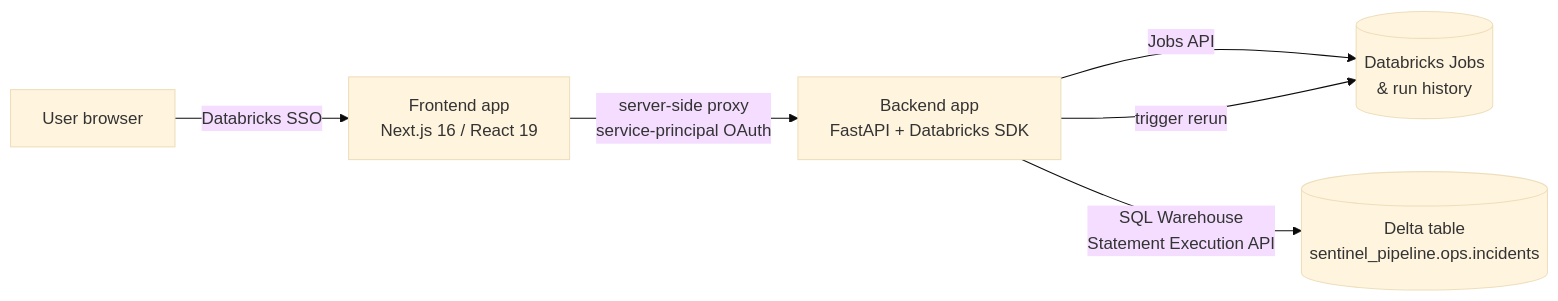
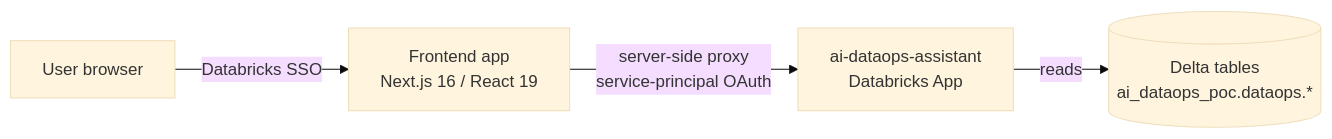
The diagram in README.md (uthrahh/Data-Pipeline-Sentinel), drawn with Mermaid (base theme) before and after one commit. The commit also changed other lines of this file and 2 other files, not shown here.

First line of the commit message:
Update READMEs to reflect live ai-dataops-assistant wiring

````diff
--- a/README.md
+++ b/README.md
@@ -40,8 +32,6 @@
 ```mermaid
 flowchart LR
     U[User browser] -->|Databricks SSO| FE[Frontend app<br/>Next.js 16 / React 19]
-    FE -->|server-side proxy<br/>service-principal OAuth| BE[Backend app<br/>FastAPI + Databricks SDK]
-    BE -->|Jobs API| J[(Databricks Jobs<br/>& run history)]
-    BE -->|SQL Warehouse<br/>Statement Execution API| D[(Delta table<br/>sentinel_pipeline.ops.incidents)]
-    BE -->|trigger rerun| J
+    FE -->|server-side proxy<br/>service-principal OAuth| EXT[ai-dataops-assistant<br/>Databricks App]
+    EXT -->|reads| D[(Delta tables<br/>ai_dataops_poc.dataops.*)]
 ```
````
